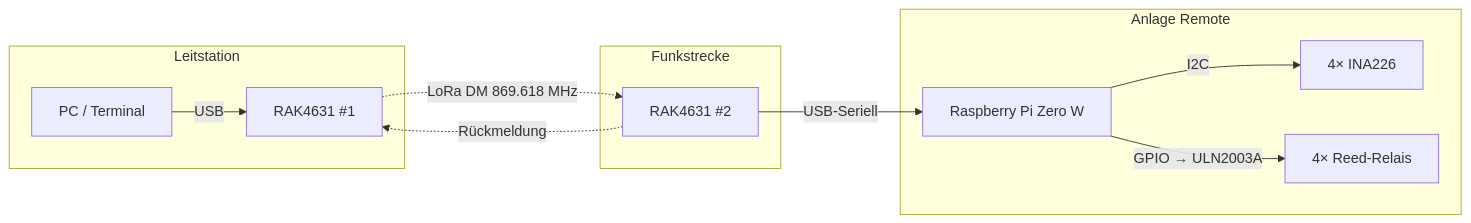
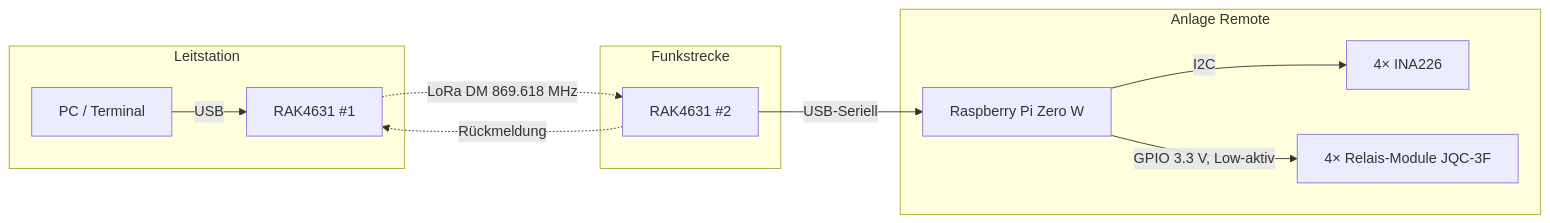
The diagram in README.md (Paul-3400/Anlage-mit-MeshCore-steuern), drawn with Mermaid before and after one commit. The commit also changed other lines of this file, not shown here.

Commit message:
README: Relais-Module JQC-3F integriert (Hardware-Tabelle, Power-Budget, Roadmap)

````diff
--- a/README.md
+++ b/README.md
@@ -23,15 +25,15 @@
 ```mermaid
 graph LR
     subgraph Leitstation
         A[PC / Terminal] -->|USB| B[RAK4631 #1]
     end
     subgraph Funkstrecke
         B -.->|LoRa DM 869.618 MHz| C[RAK4631 #2]
     end
     subgraph Anlage Remote
         C -->|USB-Seriell| D[Raspberry Pi Zero W]
         D -->|I2C| E[4× INA226]
-        D -->|GPIO → ULN2003A| F[4× Reed-Relais]
+        D -->|GPIO 3.3 V, Low-aktiv| F[4× Relais-Module JQC-3F]
     end
     C -.->|Rückmeldung| B
 ```
````
